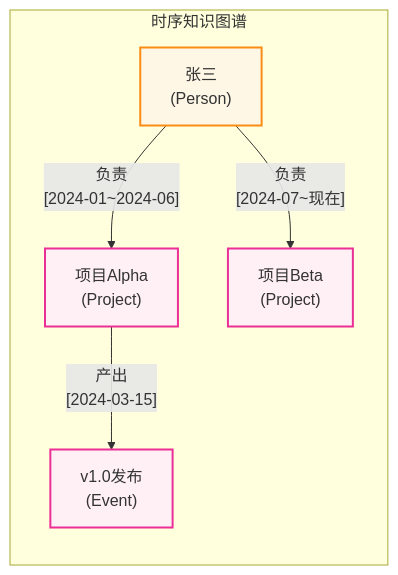
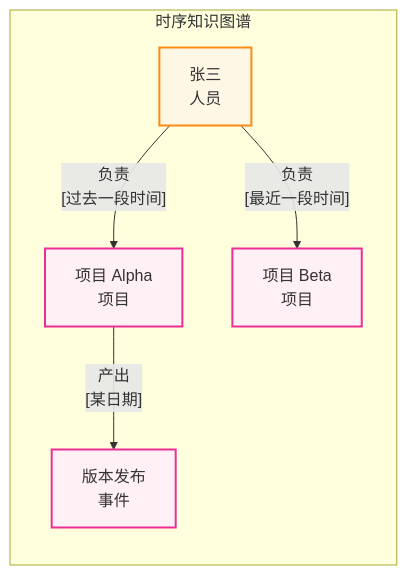
Before and after one commit to yeasy/agentic_ai_guide: the second of 4 diagrams in 03_memory/3.5_graph_memory.md, drawn with Mermaid. The commit also changed other lines of this file and 88 other files, not shown here.

````diff
--- a/03_memory/3.5_graph_memory.md
+++ b/03_memory/3.5_graph_memory.md
@@ -52,20 +52,20 @@
 ```mermaid
 graph LR
     %% Agentic Design System
     classDef user fill:#fff7e6,stroke:#fa8c16,stroke-width:2px;
     classDef memory fill:#fff0f6,stroke:#eb2f96,stroke-width:2px;
 
     subgraph TKG["时序知识图谱"]
-        E1["张三<br/>(Person)"]
-        E2["项目Alpha<br/>(Project)"]
-        E3["v1.0发布<br/>(Event)"]
-        E4["项目Beta<br/>(Project)"]
+        E1["张三<br/>人员"]
+        E2["项目 Alpha<br/>项目"]
+        E3["版本发布<br/>事件"]
+        E4["项目 Beta<br/>项目"]
         
-        E1 -->|"负责<br/>[2024-01~2024-06]"| E2
-        E1 -->|"负责<br/>[2024-07~现在]"| E4
-        E2 -->|"产出<br/>[2024-03-15]"| E3
+        E1 -->|"负责<br/>[过去一段时间]"| E2
+        E1 -->|"负责<br/>[最近一段时间]"| E4
+        E2 -->|"产出<br/>[某日期]"| E3
     end
     
     class E1 user;
     class E2,E3,E4 memory;
 ```
````
